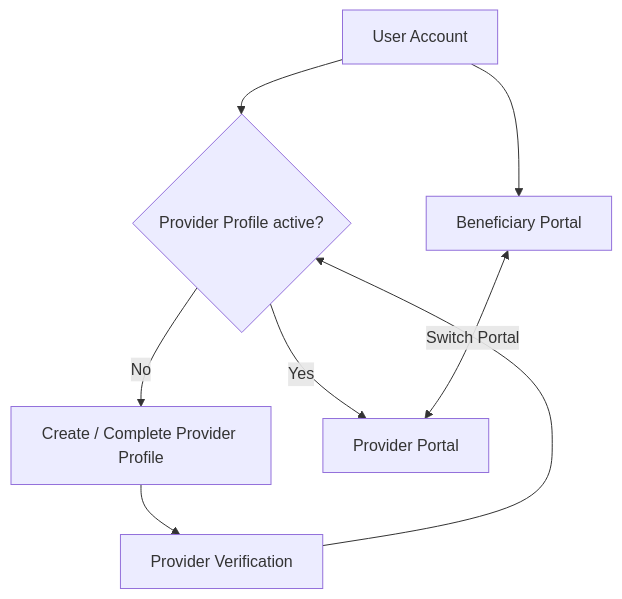
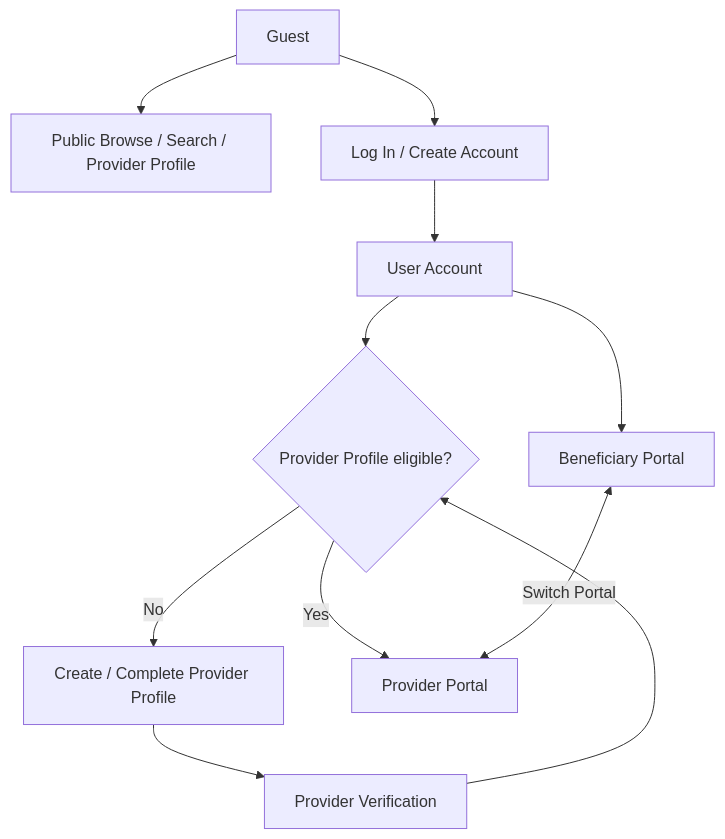
The diagram in docs/03-analysis/01-stakeholders.md (Yadd-SanaaUniversityGraduationProject/yadd), drawn with Mermaid before and after one commit. The commit also changed other lines of this file, not shown here.

Commit message:
sync(actors): add Guest and align provider type model

````diff
--- a/docs/03-analysis/01-stakeholders.md
+++ b/docs/03-analysis/01-stakeholders.md
@@ -28,11 +32,14 @@
 ```mermaid
 flowchart TD
-    U[User Account]
+    G[Guest]
+    G --> PUB[Public Browse / Search / Provider Profile]
+    G --> AUTH[Log In / Create Account]
+    AUTH --> U[User Account]
     U --> B[Beneficiary Portal]
-    U --> PP{Provider Profile active?}
+    U --> PP{Provider Profile eligible?}
     PP -- No --> CP[Create / Complete Provider Profile]
     CP --> V[Provider Verification]
     V --> PP
     PP -- Yes --> P[Provider Portal]
     B <-->|Switch Portal| P
 ```
````
